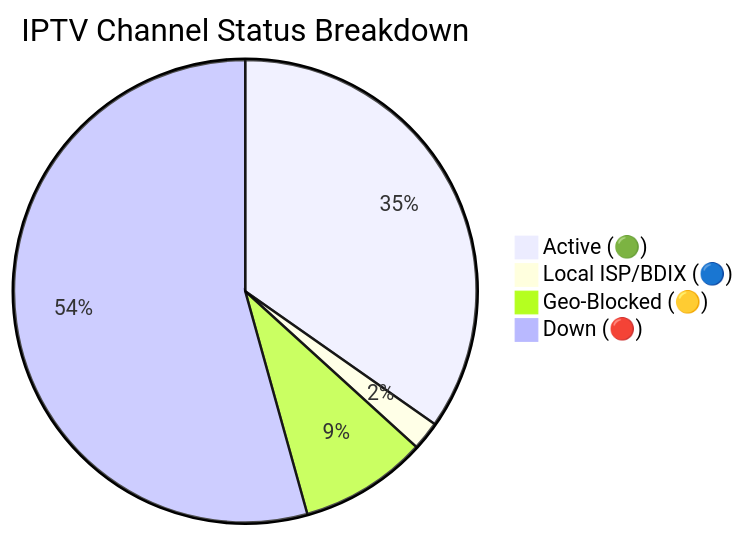
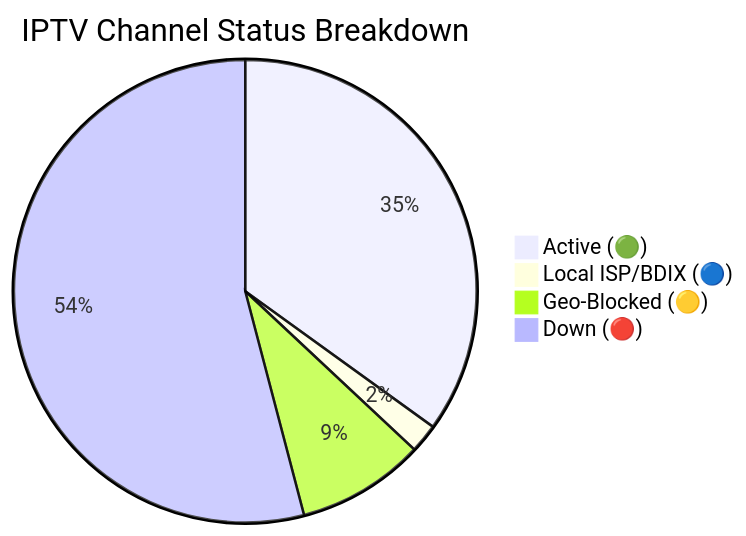
The diagram in README.md (andreataylord/Ip-tv-Collection), drawn with Mermaid before and after one commit. The commit also changed other lines of this file and 1 other file, not shown here.

Commit message:
docs(readme): auto-update daily channel status chart

````diff
--- a/README.md
+++ b/README.md
@@ -59,7 +59,7 @@
 ```mermaid
 pie title IPTV Channel Status Breakdown
-    "Active (🟢)" : 2200
+    "Active (🟢)" : 2214
     "Local ISP/BDIX (🔵)" : 128
-    "Geo-Blocked (🟡)" : 565
-    "Down (🔴)" : 3441
+    "Geo-Blocked (🟡)" : 566
+    "Down (🔴)" : 3426
 ```
````
